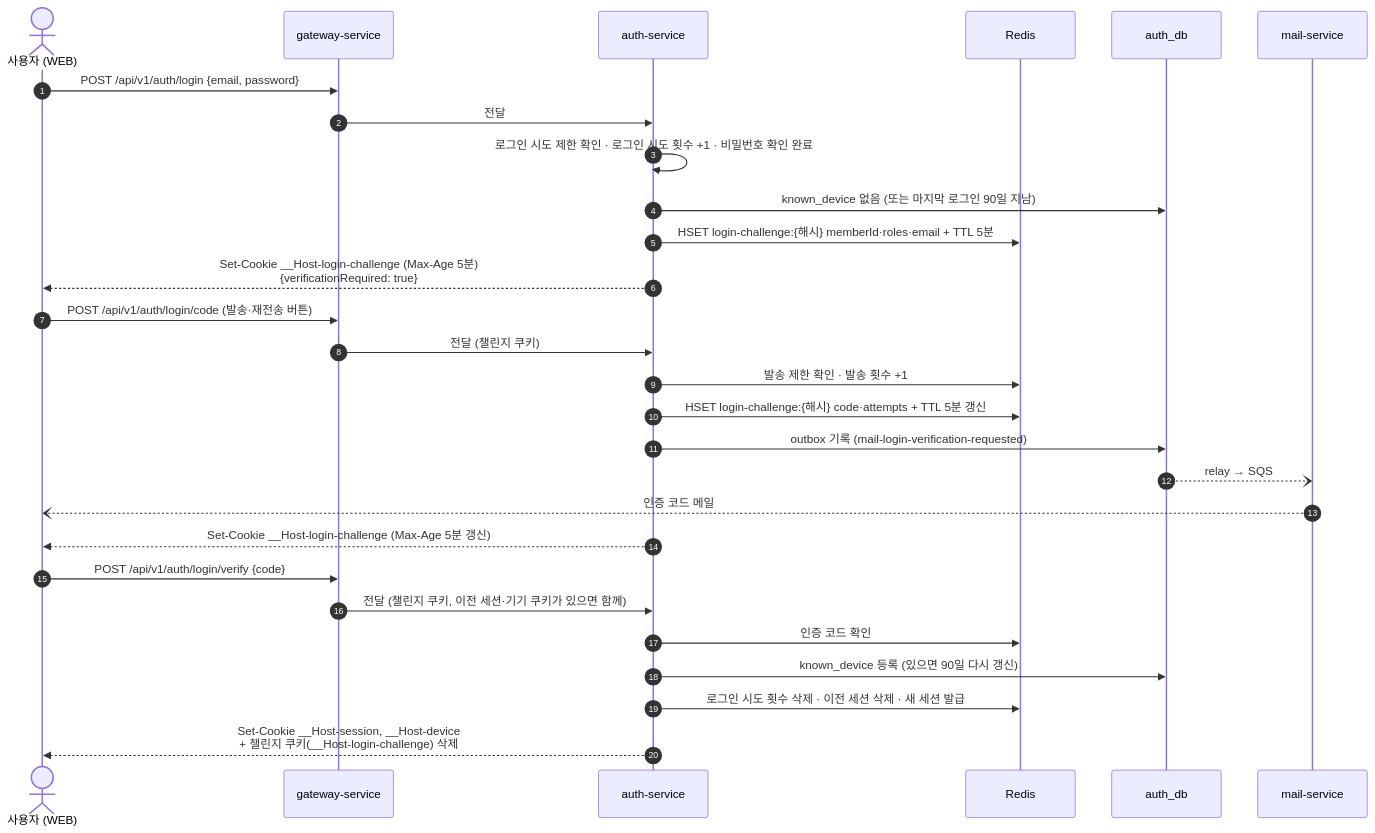
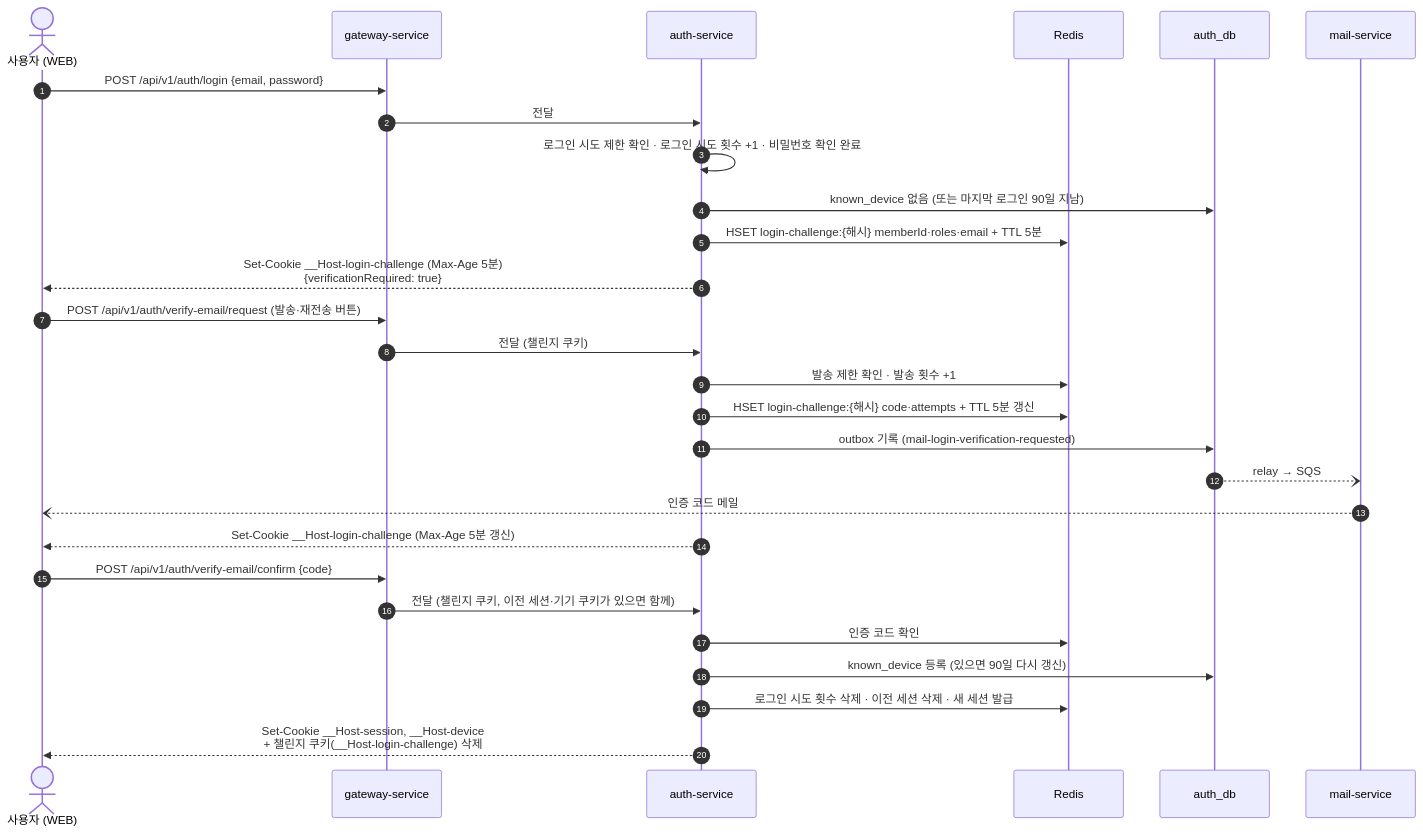
One commit to rivertw777/ModuDrive-API changed the second of 4 diagrams in .docs/spec/004-auth-spec.md. Above: the diagram before and after it, drawn with Mermaid. The commit also changed other lines of this file and 6 other files, not shown here.

First line of the commit message:
refactor(auth): rename code endpoints to verify-email

````diff
--- a/.docs/spec/004-auth-spec.md
+++ b/.docs/spec/004-auth-spec.md
@@ -144,31 +144,31 @@
 ```mermaid
 sequenceDiagram
     autonumber
     actor U as 사용자 (WEB)
     participant G as gateway-service
     participant A as auth-service
     participant R as Redis
     participant D as auth_db
     participant Mail as mail-service
 
     U->>G: POST /api/v1/auth/login {email, password}
     G->>A: 전달
     A->>A: 로그인 시도 제한 확인 · 로그인 시도 횟수 +1 · 비밀번호 확인 완료
     A->>D: known_device 없음 (또는 마지막 로그인 90일 지남)
     A->>R: HSET login-challenge:{해시} memberId·roles·email + TTL 5분
     A-->>U: Set-Cookie __Host-login-challenge (Max-Age 5분)<br/>{verificationRequired: true}
-    U->>G: POST /api/v1/auth/login/code (발송·재전송 버튼)
+    U->>G: POST /api/v1/auth/verify-email/request (발송·재전송 버튼)
     G->>A: 전달 (챌린지 쿠키)
     A->>R: 발송 제한 확인 · 발송 횟수 +1
     A->>R: HSET login-challenge:{해시} code·attempts + TTL 5분 갱신
     A->>D: outbox 기록 (mail-login-verification-requested)
     D--)Mail: relay → SQS
     Mail--)U: 인증 코드 메일
     A-->>U: Set-Cookie __Host-login-challenge (Max-Age 5분 갱신)
-    U->>G: POST /api/v1/auth/login/verify {code}
+    U->>G: POST /api/v1/auth/verify-email/confirm {code}
     G->>A: 전달 (챌린지 쿠키, 이전 세션·기기 쿠키가 있으면 함께)
     A->>R: 인증 코드 확인
     A->>D: known_device 등록 (있으면 90일 다시 갱신)
     A->>R: 로그인 시도 횟수 삭제 · 이전 세션 삭제 · 새 세션 발급
     A-->>U: Set-Cookie __Host-session, __Host-device<br/>+ 챌린지 쿠키(__Host-login-challenge) 삭제
 ```
````
